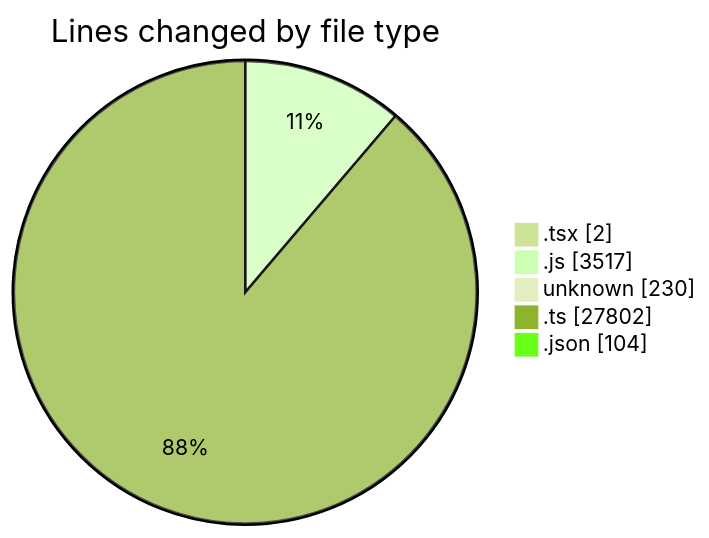
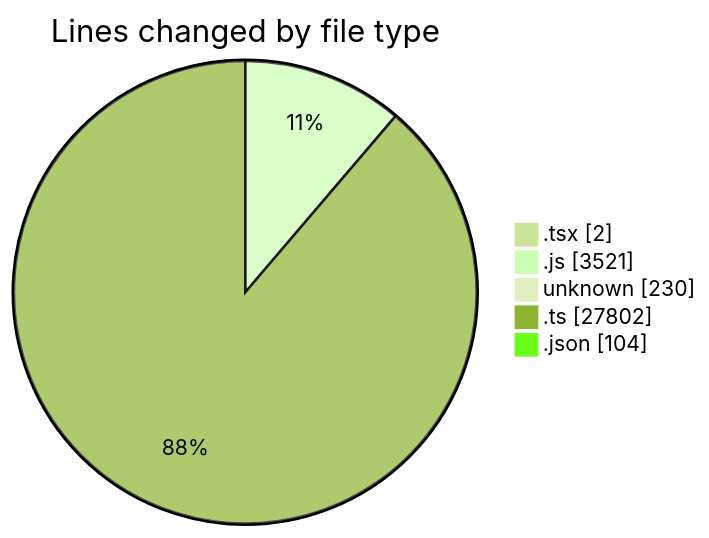
Before and after one commit to momahboobian/code-tracking: the first of 2 diagrams in 2026-05-06/cda/README.md, drawn with Mermaid (forest theme). The commit also changed other lines of this file and 1 other file, not shown here.

````diff
--- a/2026-05-06/cda/README.md
+++ b/2026-05-06/cda/README.md
@@ -37,9 +37,9 @@
 ```mermaid
 pie showData
 title Lines changed by file type
 ".tsx" : 2
-".js" : 3517
+".js" : 3521
 "unknown" : 230
 ".ts" : 27802
 ".json" : 104
 ```
````
